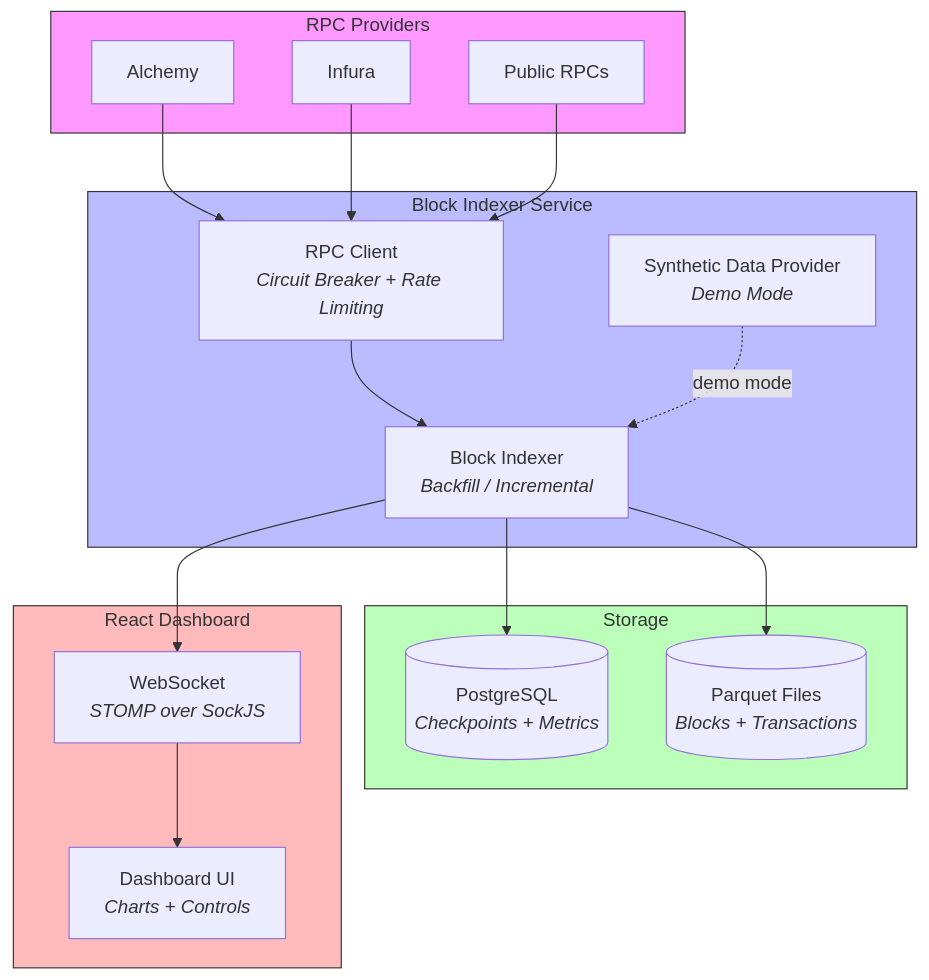
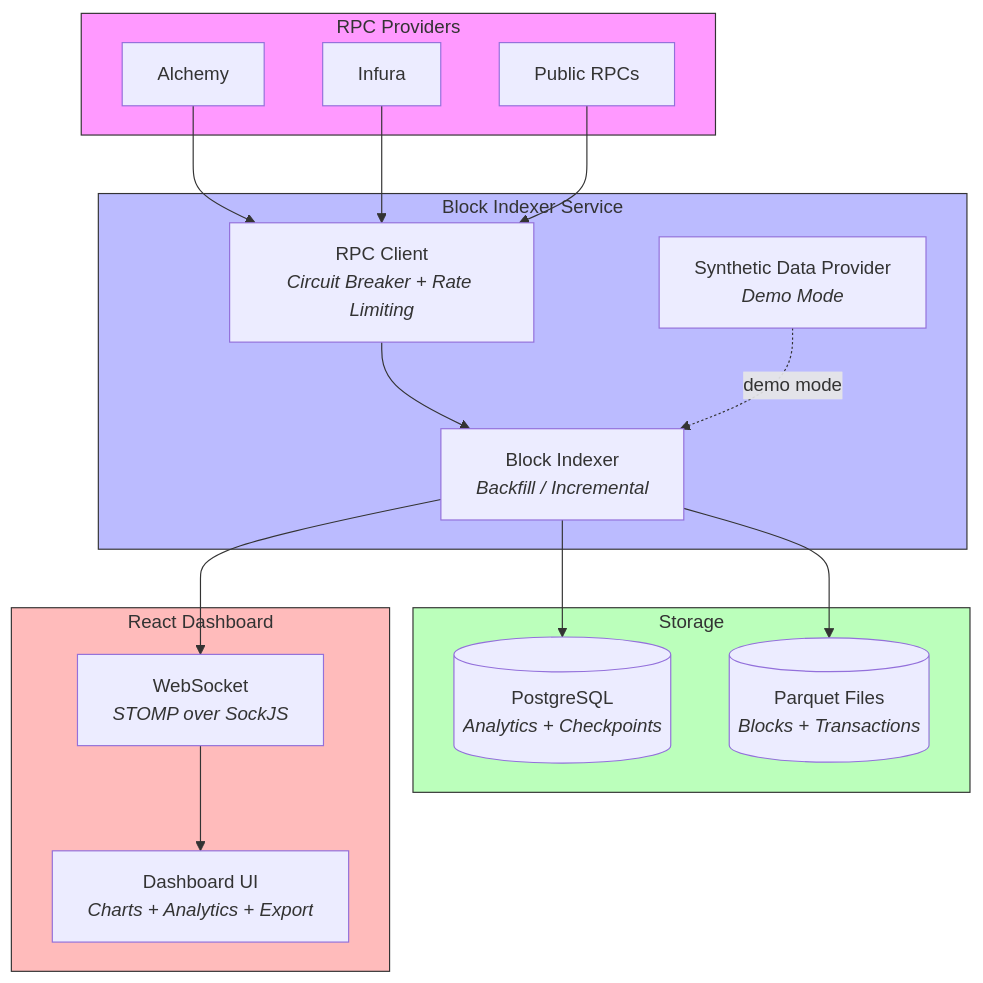
Before and after one commit to peterstringer/blockchain-indexer: the diagram in README.md, drawn with Mermaid. The commit also changed other lines of this file and 29 other files, not shown here.

Commit message:
Export functionality, dashboard improvments, and updated README.md

````diff
--- a/README.md
+++ b/README.md
@@ -67,37 +59,37 @@
 ```mermaid
 graph TB
     subgraph RPC["RPC Providers"]
         A1["Alchemy"]
         A2["Infura"]
         A3["Public RPCs"]
     end
 
     subgraph Indexer["Block Indexer Service"]
         RC["RPC Client<br/><i>Circuit Breaker + Rate Limiting</i>"]
         BI["Block Indexer<br/><i>Backfill / Incremental</i>"]
         SD["Synthetic Data Provider<br/><i>Demo Mode</i>"]
     end
 
     subgraph Storage["Storage"]
-        PG[("PostgreSQL<br/><i>Checkpoints + Metrics</i>")]
+        PG[("PostgreSQL<br/><i>Analytics + Checkpoints</i>")]
         PQ[("Parquet Files<br/><i>Blocks + Transactions</i>")]
     end
 
     subgraph Frontend["React Dashboard"]
         WS["WebSocket<br/><i>STOMP over SockJS</i>"]
-        UI["Dashboard UI<br/><i>Charts + Controls</i>"]
+        UI["Dashboard UI<br/><i>Charts + Analytics + Export</i>"]
     end
 
     A1 & A2 & A3 --> RC
     RC --> BI
     SD -.->|demo mode| BI
     BI --> PG
     BI --> PQ
     BI --> WS
     WS --> UI
 
     style RPC fill:#f9f,stroke:#333
     style Indexer fill:#bbf,stroke:#333
     style Storage fill:#bfb,stroke:#333
     style Frontend fill:#fbb,stroke:#333
 ```
````
